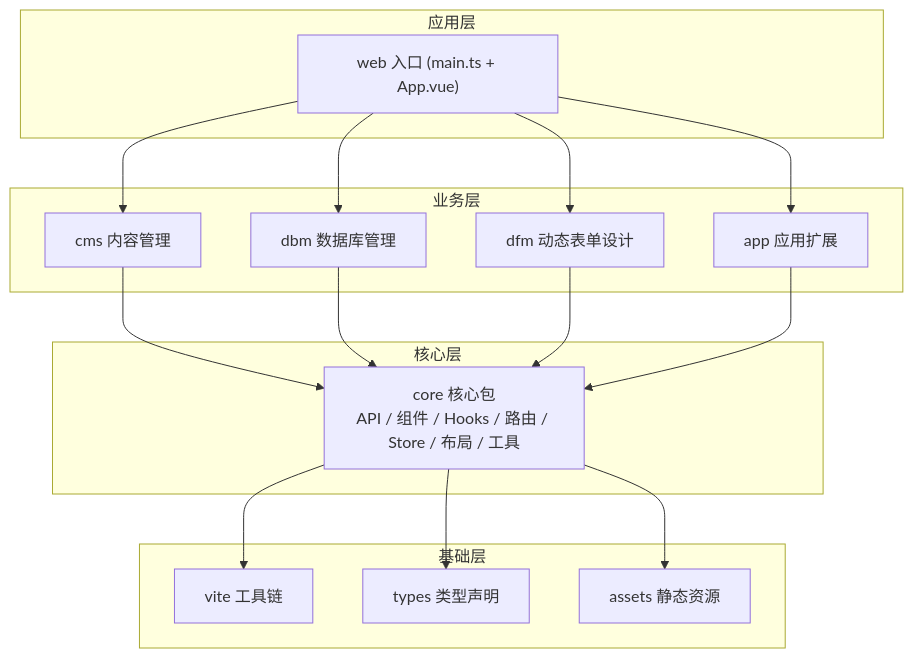
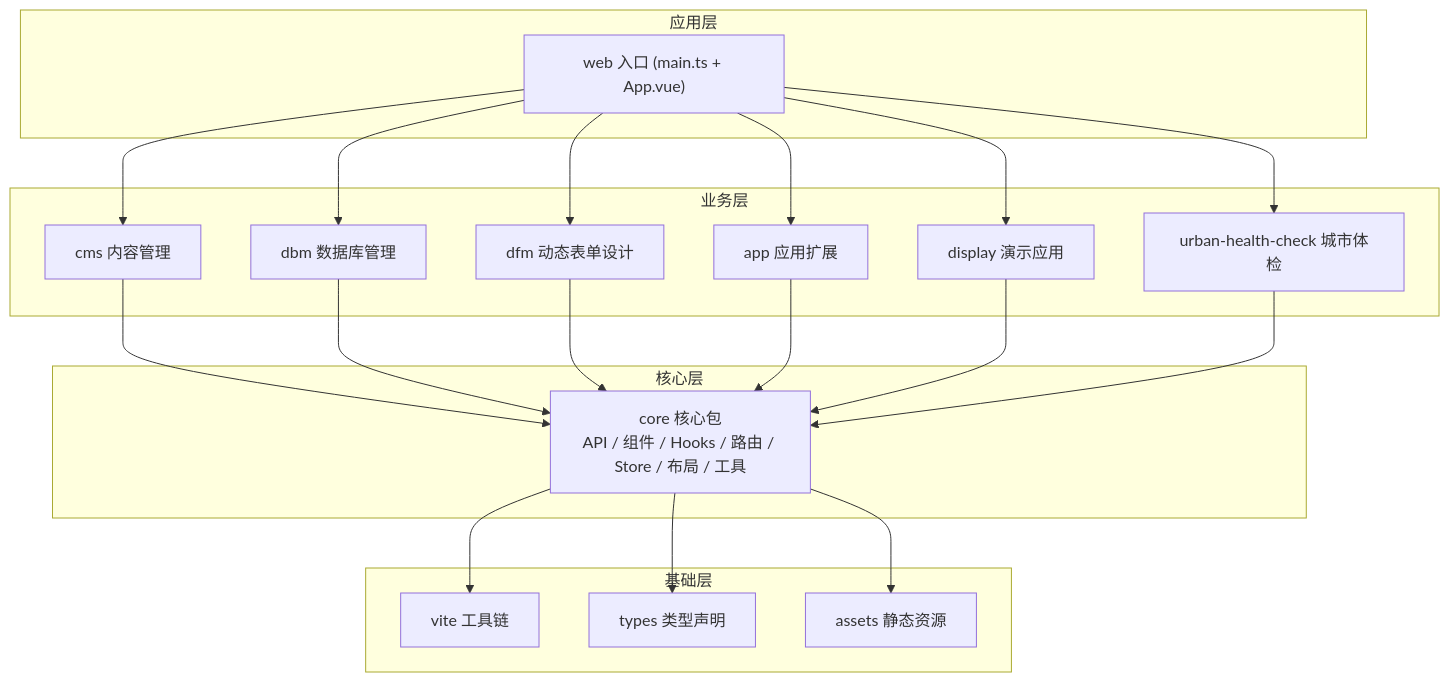
Before and after one commit to wust-rd/zhugengju-admin-frontend: the first of 32 diagrams in CODE_WIKI.md, drawn with Mermaid. The commit also changed other lines of this file and 8 other files, not shown here.

Commit message:
feat: 画流程图, code_wiki 更新

````diff
--- a/CODE_WIKI.md
+++ b/CODE_WIKI.md
@@ -64,35 +69,41 @@
 ```mermaid
 graph TD
   subgraph 应用层
     web["web 入口 (main.ts + App.vue)"]
   end
 
   subgraph 业务层
     cms["cms 内容管理"]
     dbm["dbm 数据库管理"]
     dfm["dfm 动态表单设计"]
     app["app 应用扩展"]
+    display["display 演示应用"]
+    uhc["urban-health-check 城市体检"]
   end
 
   subgraph 核心层
     core["core 核心包<br/>API / 组件 / Hooks / 路由 / Store / 布局 / 工具"]
   end
 
   subgraph 基础层
     vite["vite 工具链"]
     types["types 类型声明"]
     assets["assets 静态资源"]
   end
 
   web --> cms
   web --> dbm
   web --> dfm
   web --> app
+  web --> display
+  web --> uhc
   cms --> core
   dbm --> core
   dfm --> core
   app --> core
+  display --> core
+  uhc --> core
   core --> vite
   core --> types
   core --> assets
 ```
````
